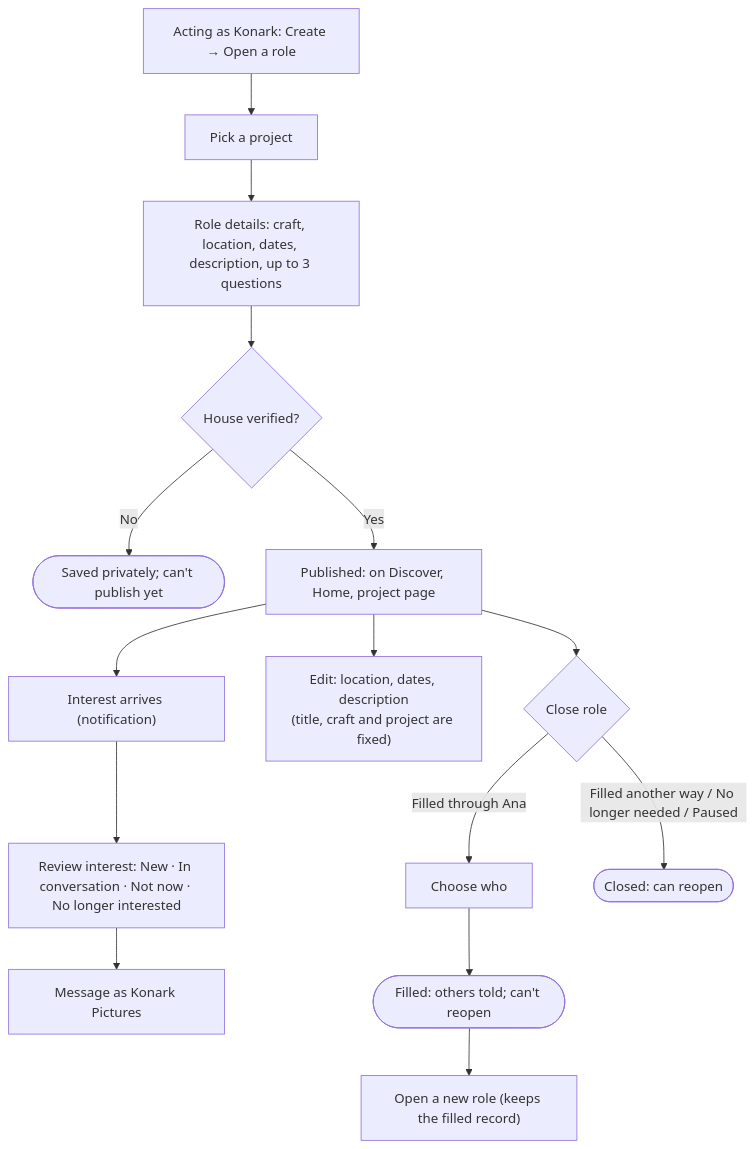
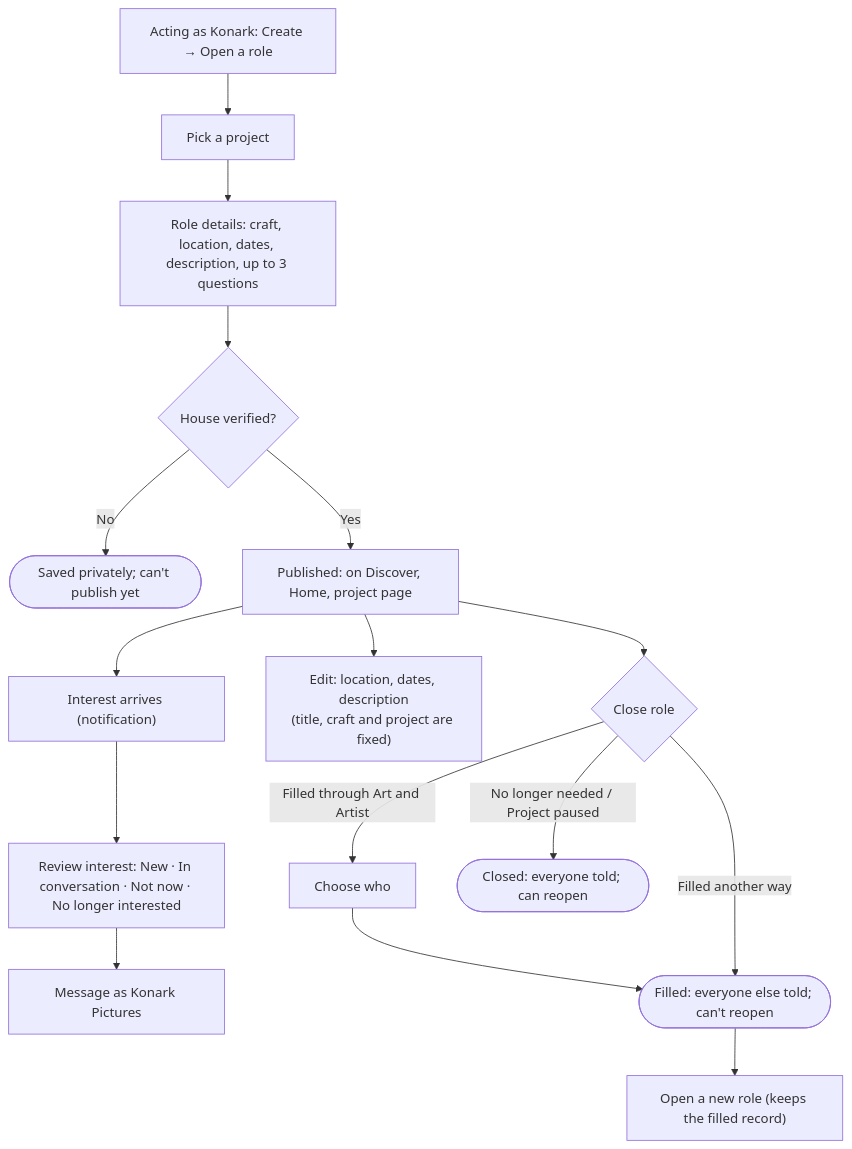
One commit to kirito-sketch/Art-Artist changed the fifth of 9 diagrams in docs/sunday/4-journeys.md. Above: the diagram before and after it, drawn with Mermaid. The commit also changed other lines of this file and 8 other files, not shown here.

````diff
--- a/docs/sunday/4-journeys.md
+++ b/docs/sunday/4-journeys.md
@@ -99,16 +99,17 @@
 ```mermaid
 flowchart TD
   A["Acting as Konark: Create → Open a role"] --> B["Pick a project"]
   B --> C["Role details: craft, location, dates, description, up to 3 questions"]
   C --> D{"House verified?"}
   D -- No --> D2(["Saved privately; can't publish yet"])
   D -- Yes --> E["Published: on Discover, Home, project page"]
   E --> F["Interest arrives (notification)"]
   F --> G["Review interest: New · In conversation · Not now · No longer interested"]
   G --> H["Message as Konark Pictures"]
   E --> I["Edit: location, dates, description<br/>(title, craft and project are fixed)"]
   E --> J{"Close role"}
-  J -- "Filled through Ana" --> K["Choose who"] --> L(["Filled: others told; can't reopen"])
-  J -- "Filled another way / No longer needed / Paused" --> M(["Closed: can reopen"])
+  J -- "Filled through Art and Artist" --> K["Choose who"] --> L(["Filled: everyone else told; can't reopen"])
+  J -- "Filled another way" --> L
+  J -- "No longer needed / Project paused" --> M(["Closed: everyone told; can reopen"])
   L --> N["Open a new role (keeps the filled record)"]
 ```
````
